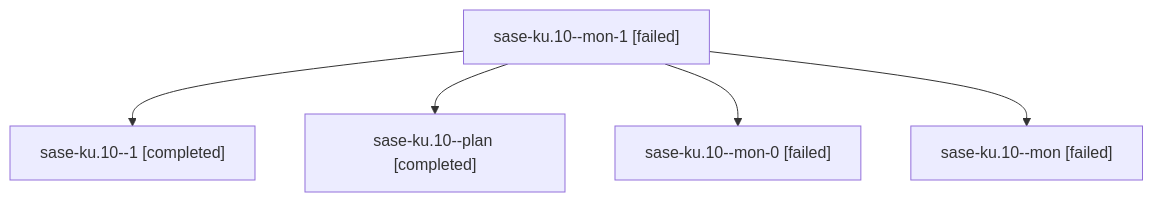
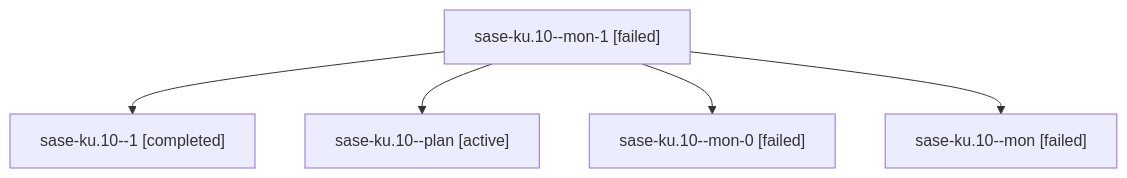
Before and after one commit to sase-org/sase--agents: the diagram in families/bbugyi200.athena.sase-ku.10.md, drawn with Mermaid. The commit also changed other lines of this file and 35830 other files, not shown here.

````diff
--- a/families/bbugyi200.athena.sase-ku.10.md
+++ b/families/bbugyi200.athena.sase-ku.10.md
@@ -9,12 +9,12 @@
 ```mermaid
 flowchart TD
   n0["sase-ku.10--mon-1 [failed]"]
   n1["sase-ku.10--1 [completed]"]
   n0 --> n1
-  n2["sase-ku.10--plan [completed]"]
+  n2["sase-ku.10--plan [active]"]
   n0 --> n2
   n3["sase-ku.10--mon-0 [failed]"]
   n0 --> n3
   n4["sase-ku.10--mon [failed]"]
   n0 --> n4
 ```
````
